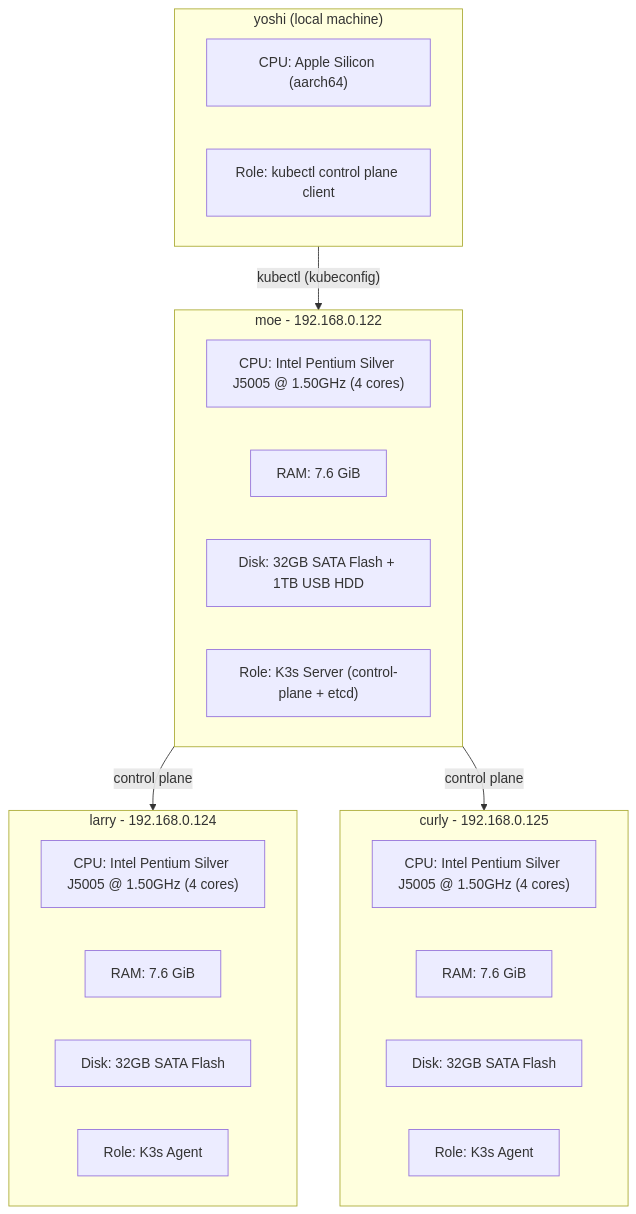
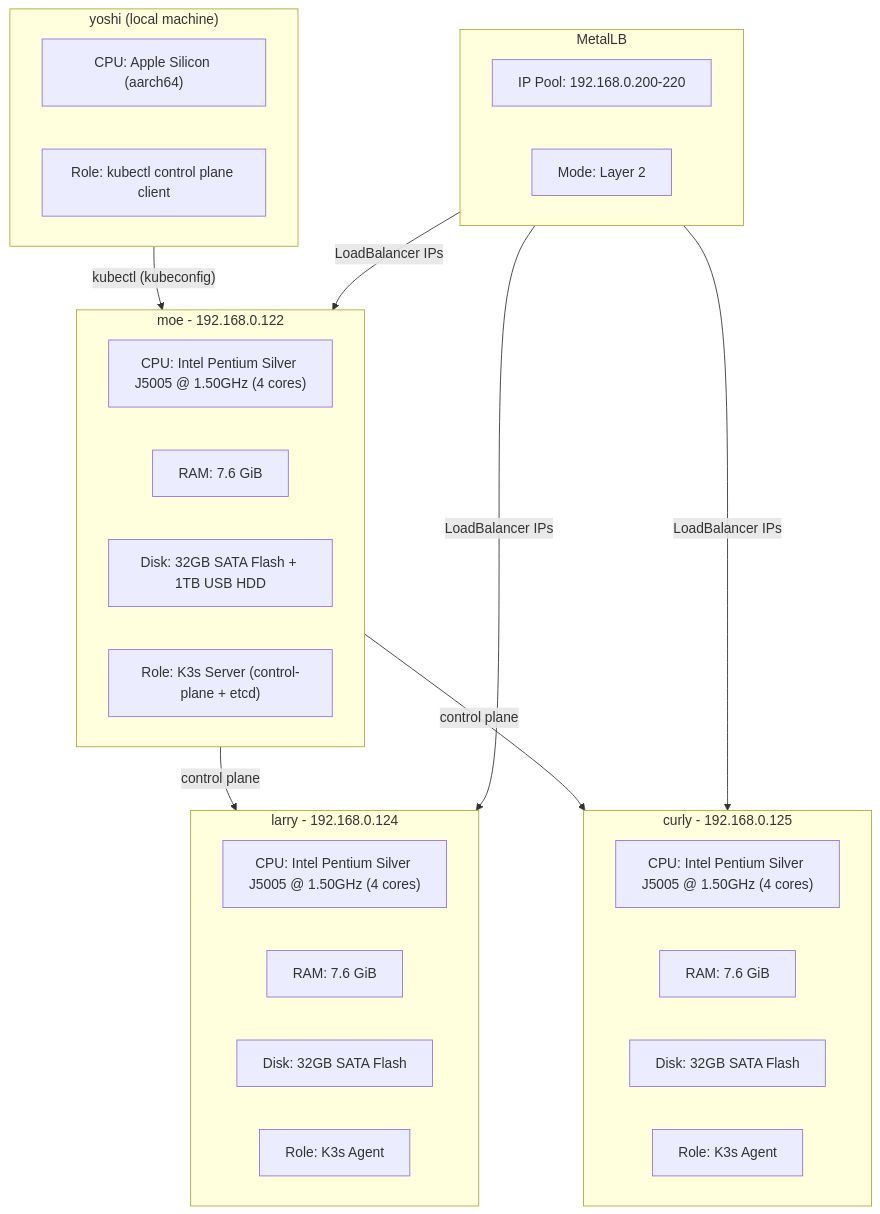
One commit to JamesRivers/k8s-labs changed the diagram in README.md. Above: the diagram before and after it, drawn with Mermaid. The commit also changed other lines of this file, not shown here.

Commit message:
add MetalLB to topology diagram

````diff
--- a/README.md
+++ b/README.md
@@ -3,32 +3,40 @@
 ```mermaid
 graph TB
     subgraph yoshi["yoshi (local machine)"]
         Y_CPU["CPU: Apple Silicon (aarch64)"]
         Y_ROLE["Role: kubectl control plane client"]
     end
 
     subgraph moe["moe - 192.168.0.122"]
         M_CPU["CPU: Intel Pentium Silver J5005 @ 1.50GHz (4 cores)"]
         M_RAM["RAM: 7.6 GiB"]
         M_DISK["Disk: 32GB SATA Flash + 1TB USB HDD"]
         M_ROLE["Role: K3s Server (control-plane + etcd)"]
     end
 
     subgraph larry["larry - 192.168.0.124"]
         L_CPU["CPU: Intel Pentium Silver J5005 @ 1.50GHz (4 cores)"]
         L_RAM["RAM: 7.6 GiB"]
         L_DISK["Disk: 32GB SATA Flash"]
         L_ROLE["Role: K3s Agent"]
     end
 
     subgraph curly["curly - 192.168.0.125"]
         C_CPU["CPU: Intel Pentium Silver J5005 @ 1.50GHz (4 cores)"]
         C_RAM["RAM: 7.6 GiB"]
         C_DISK["Disk: 32GB SATA Flash"]
         C_ROLE["Role: K3s Agent"]
     end
 
+    subgraph metallb["MetalLB"]
+        LB_POOL["IP Pool: 192.168.0.200-220"]
+        LB_MODE["Mode: Layer 2"]
+    end
+
     yoshi -- "kubectl (kubeconfig)" --> moe
     moe -- "control plane" --> larry
     moe -- "control plane" --> curly
+    metallb -- "LoadBalancer IPs" --> moe
+    metallb -- "LoadBalancer IPs" --> larry
+    metallb -- "LoadBalancer IPs" --> curly
 ```
````
